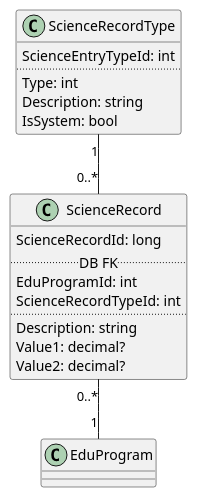
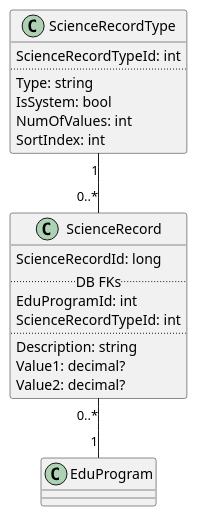
The diagram in doc/ScienceRecord.puml (r7-labs/R7.University), drawn with PlantUML before and after one commit.

Commit message:
Update class diagram for science records

```diff
--- a/doc/ScienceRecord.puml
+++ b/doc/ScienceRecord.puml
@@ -1,25 +1,26 @@
-@startuml
+@startuml Science Records for Edu. Program
 
 ScienceRecord "0..*" -- "1" EduProgram
 ScienceRecordType "1" -- "0..*" ScienceRecord
 
 class ScienceRecordType {
-    ScienceEntryTypeId: int
+    ScienceRecordTypeId: int
     ..
-    Type: int
-    Description: string
+    Type: string
     IsSystem: bool
+    NumOfValues: int
+    SortIndex: int
 }
 
 class ScienceRecord {
     ScienceRecordId: long
-    .. DB FK ..
+    .. DB FKs ..
     EduProgramId: int
     ScienceRecordTypeId: int
     ..
     Description: string
     Value1: decimal?
     Value2: decimal?
 }
 
 @enduml
```
